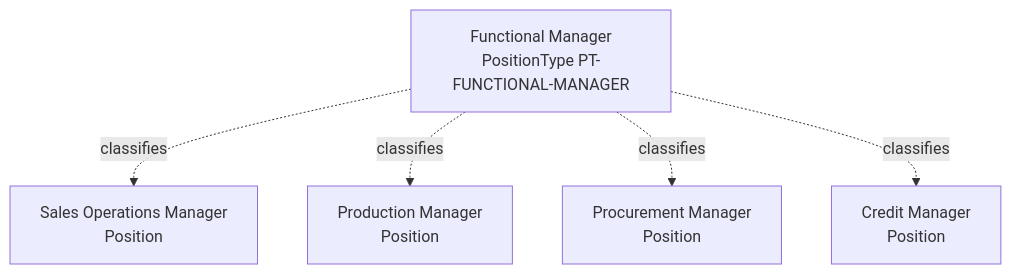
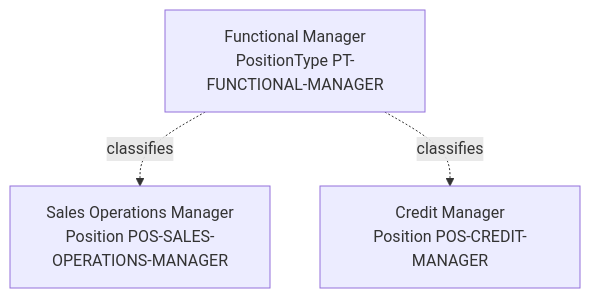
The second of 3 diagrams in examples/harbor-manufacturing/01_enterprise.md (nauticana/charter), drawn with Mermaid before and after one commit. The commit also changed other lines of this file and 101 other files, not shown here.

````diff
--- a/examples/harbor-manufacturing/01_enterprise.md
+++ b/examples/harbor-manufacturing/01_enterprise.md
@@ -158,13 +87,9 @@
 ```mermaid
 flowchart TB
     PositionType["Functional Manager<br/>PositionType PT-FUNCTIONAL-MANAGER"]
-    SalesManager["Sales Operations Manager<br/>Position"]
-    ProductionManager["Production Manager<br/>Position"]
-    ProcurementManager["Procurement Manager<br/>Position"]
-    CreditManager["Credit Manager<br/>Position"]
+    SalesManager["Sales Operations Manager<br/>Position POS-SALES-OPERATIONS-MANAGER"]
+    CreditManager["Credit Manager<br/>Position POS-CREDIT-MANAGER"]
 
     PositionType -.->|classifies| SalesManager
-    PositionType -.->|classifies| ProductionManager
-    PositionType -.->|classifies| ProcurementManager
     PositionType -.->|classifies| CreditManager
 ```
````
